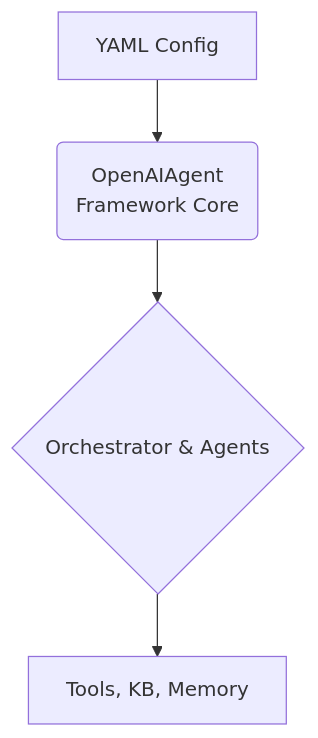
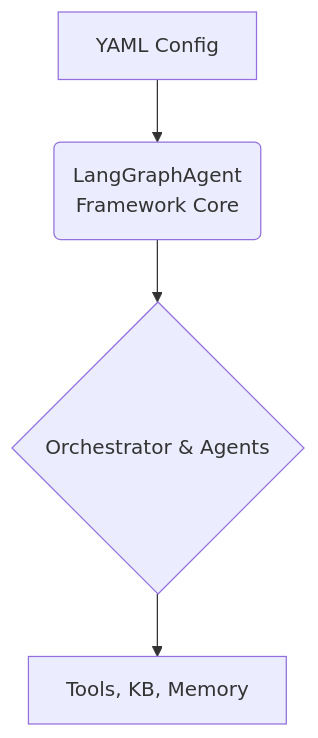
Before and after one commit to VinodKumarKP/ptr_oai_adk: the diagram in packages/langgraph-core/README.md, drawn with Mermaid. The commit also changed 2 other files, not shown here.

Commit message:
Updated architecture diagram using mermaid

````diff
--- a/packages/langgraph-core/README.md
+++ b/packages/langgraph-core/README.md
@@ -38,6 +38,6 @@
 ```mermaid
     graph TD
-        A[YAML Config<br>] --> B(OpenAIAgent<br>Framework Core);
+        A[YAML Config<br>] --> B(LangGraphAgent<br>Framework Core);
         B --> C{Orchestrator & Agents};
         C --> D[Tools, KB, Memory];
 ```
````
